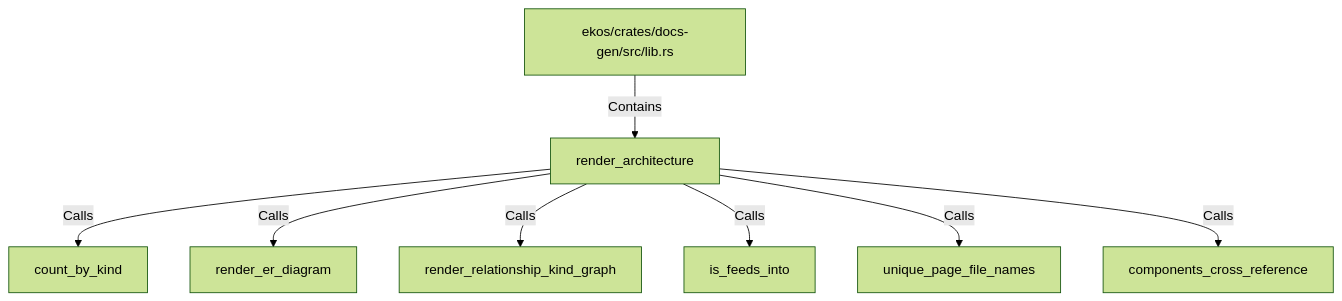
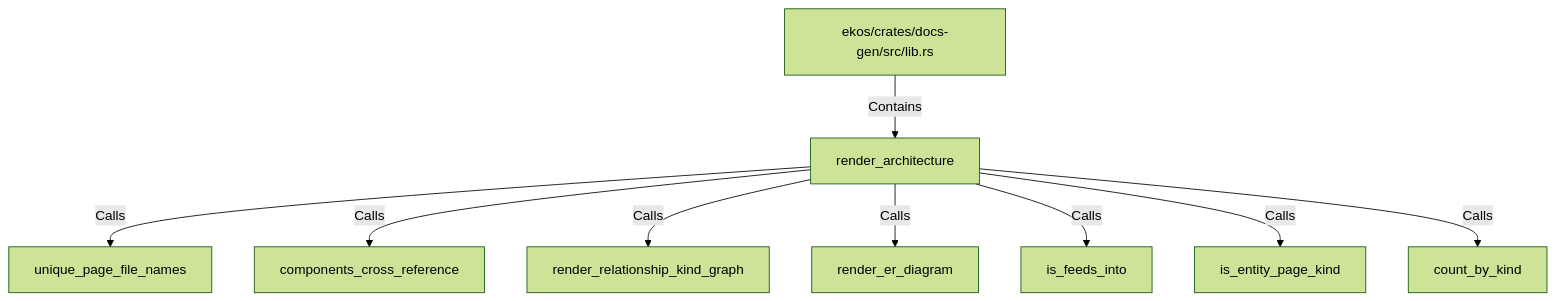
The diagram in doc/entities/rustsymbol/re/render-architecture.md (alexeyban/EKOS), drawn with Mermaid (forest theme) before and after one commit. The commit also changed other lines of this file and 552 other files, not shown here.

````diff
--- a/doc/entities/rustsymbol/re/render-architecture.md
+++ b/doc/entities/rustsymbol/re/render-architecture.md
@@ -26,18 +27,20 @@
 ```mermaid
 graph TD
     nf75f757ec6435e43b04b48d13123d04b["render_architecture"]
     n6ca4fba018e559b798767dae72e2ce0e["ekos/crates/docs-gen/src/lib.rs"]
     n6ca4fba018e559b798767dae72e2ce0e -->|Contains| nf75f757ec6435e43b04b48d13123d04b
-    ndd7cd492c0655cee9bd22b5fe1a70310["count_by_kind"]
-    nf75f757ec6435e43b04b48d13123d04b -->|Calls| ndd7cd492c0655cee9bd22b5fe1a70310
-    n24aebc21f28c5ad988023013358450bc["render_er_diagram"]
-    nf75f757ec6435e43b04b48d13123d04b -->|Calls| n24aebc21f28c5ad988023013358450bc
-    ndd03b8f90881534abe1c53991fa0faba["render_relationship_kind_graph"]
-    nf75f757ec6435e43b04b48d13123d04b -->|Calls| ndd03b8f90881534abe1c53991fa0faba
-    n41dc0e3dc14a5c12a09f6f9c44fbff80["is_feeds_into"]
-    nf75f757ec6435e43b04b48d13123d04b -->|Calls| n41dc0e3dc14a5c12a09f6f9c44fbff80
     n136d1c6de6f65cda97d83454bbc0d5e7["unique_page_file_names"]
     nf75f757ec6435e43b04b48d13123d04b -->|Calls| n136d1c6de6f65cda97d83454bbc0d5e7
     na62d90d284d353ed9f4148432d1a2f15["components_cross_reference"]
     nf75f757ec6435e43b04b48d13123d04b -->|Calls| na62d90d284d353ed9f4148432d1a2f15
+    ndd03b8f90881534abe1c53991fa0faba["render_relationship_kind_graph"]
+    nf75f757ec6435e43b04b48d13123d04b -->|Calls| ndd03b8f90881534abe1c53991fa0faba
+    n24aebc21f28c5ad988023013358450bc["render_er_diagram"]
+    nf75f757ec6435e43b04b48d13123d04b -->|Calls| n24aebc21f28c5ad988023013358450bc
+    n41dc0e3dc14a5c12a09f6f9c44fbff80["is_feeds_into"]
+    nf75f757ec6435e43b04b48d13123d04b -->|Calls| n41dc0e3dc14a5c12a09f6f9c44fbff80
+    n1eae8b48a412520292b53d4e4fe52a41["is_entity_page_kind"]
+    nf75f757ec6435e43b04b48d13123d04b -->|Calls| n1eae8b48a412520292b53d4e4fe52a41
+    ndd7cd492c0655cee9bd22b5fe1a70310["count_by_kind"]
+    nf75f757ec6435e43b04b48d13123d04b -->|Calls| ndd7cd492c0655cee9bd22b5fe1a70310
 ```
````
